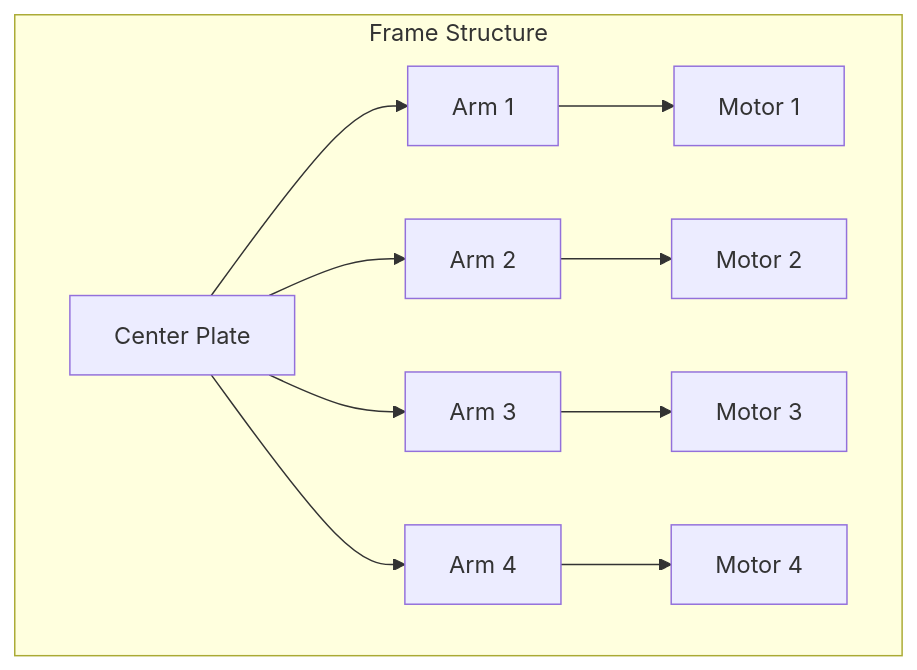
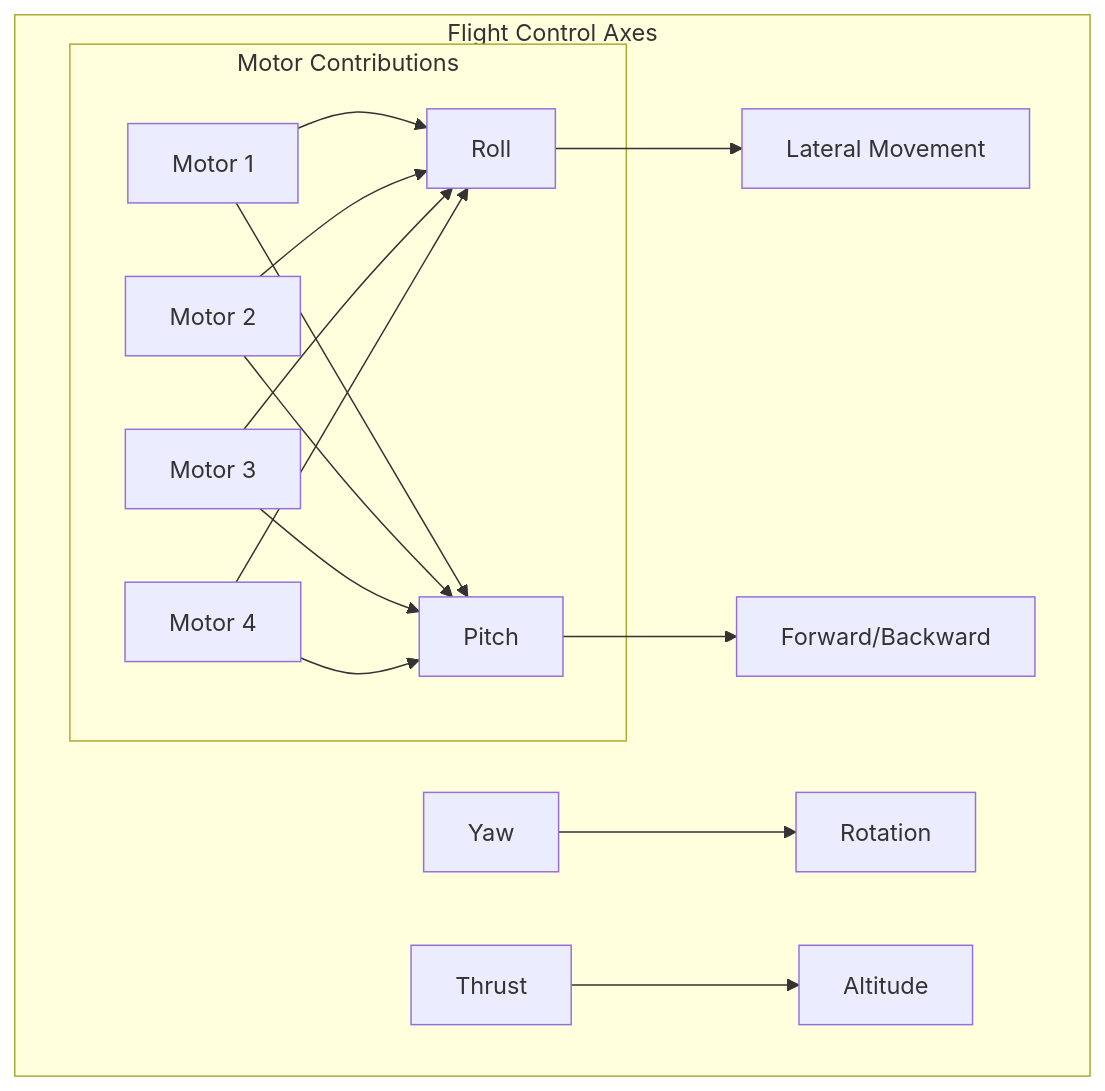
The third of 4 diagrams in README.md (khairul-me/QuadcopterFromScratch), drawn with Mermaid before and after one commit. The commit also changed other lines of this file, not shown here.

````diff
--- a/README.md
+++ b/README.md
@@ -133,14 +131,16 @@
 ```mermaid
-graph TD
-    subgraph "Frame Structure"
-        C[Center Plate] --> A1[Arm 1]
-        C --> A2[Arm 2]
-        C --> A3[Arm 3]
-        C --> A4[Arm 4]
+graph TB
+    subgraph "Flight Control Axes"
+        R[Roll] --> RL[Lateral Movement]
+        P[Pitch] --> FB[Forward/Backward]
+        Y[Yaw] --> RT[Rotation]
+        T[Thrust] --> AL[Altitude]
         
-        A1 --> M1[Motor 1]
-        A2 --> M2[Motor 2]
-        A3 --> M3[Motor 3]
-        A4 --> M4[Motor 4]
+        subgraph "Motor Contributions"
+            M1[Motor 1] --> R & P
+            M2[Motor 2] --> R & P
+            M3[Motor 3] --> R & P
+            M4[Motor 4] --> R & P
+        end
     end
 ```
````
